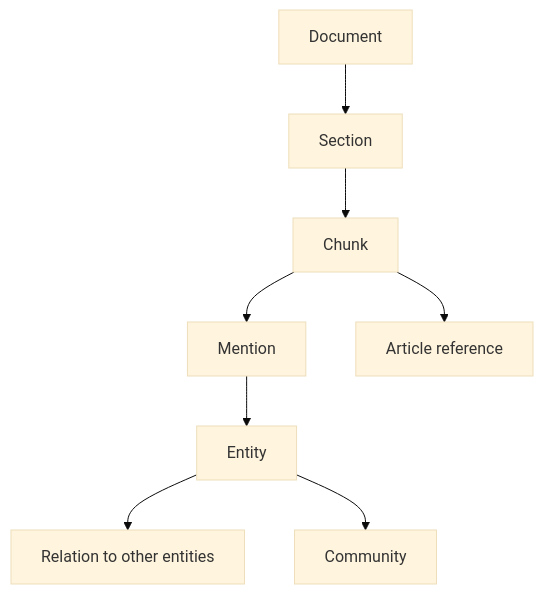
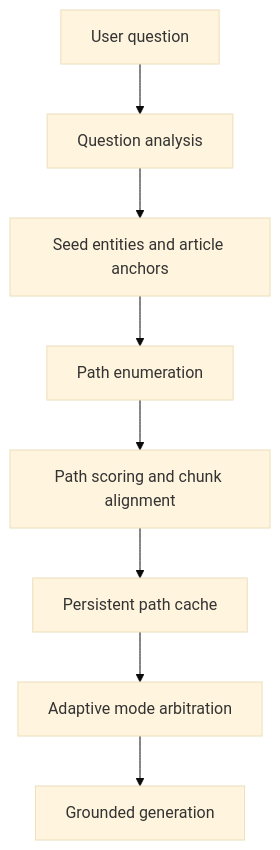
Before and after one commit to Mehulupase01/GraphRAG-Engine-Knowledge-Graph-Agentic-Retrieval-with-Neo4j-LangGraph: the second of 4 diagrams in README.md, drawn with Mermaid (base theme). The commit also changed other lines of this file and 9 other files, not shown here.

First line of the commit message:
Introduce PathCacheRAG docs and UI updates

````diff
--- a/README.md
+++ b/README.md
@@ -268,10 +185,10 @@
 ```mermaid
 flowchart TD
-    D["Document"] --> S["Section"]
-    S --> C["Chunk"]
-    C --> M["Mention"]
-    M --> E["Entity"]
-    E --> R["Relation to other entities"]
-    E --> G["Community"]
-    C --> A["Article reference"]
+    Q["User question"] --> S["Question analysis"]
+    S --> E["Seed entities and article anchors"]
+    E --> P["Path enumeration"]
+    P --> R["Path scoring and chunk alignment"]
+    R --> C["Persistent path cache"]
+    C --> A["Adaptive mode arbitration"]
+    A --> G["Grounded generation"]
 ```
````
